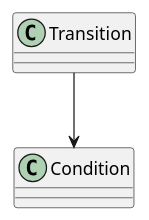
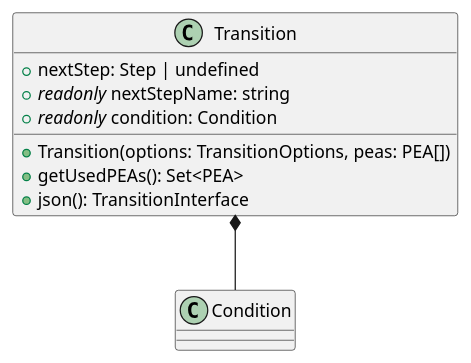
One commit to p2o-lab/polaris-backend changed the diagram in src/modularPlantManager/recipe/step/transition/Transition.puml. Above: the diagram before and after it, drawn with PlantUML. The commit also changed 8 other files, not shown here.

```diff
--- a/src/modularPlantManager/recipe/step/transition/Transition.puml
+++ b/src/modularPlantManager/recipe/step/transition/Transition.puml
@@ -26,7 +26,16 @@
 @startuml
 'https://plantuml.com/class-diagram
 
-class Transition
+class Transition{
 
-Transition --> Condition
+    + nextStep: Step | undefined
+    + //readonly// nextStepName: string
+    + //readonly// condition: Condition
+
+    + Transition(options: TransitionOptions, peas: PEA[])
+    + getUsedPEAs(): Set<PEA>
+    + json(): TransitionInterface
+}
+
+Transition *-- Condition
 @enduml
```
